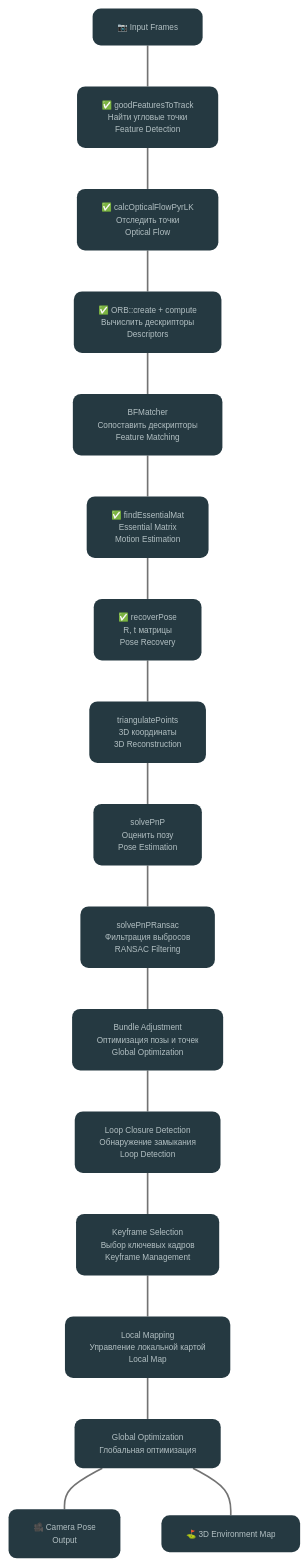
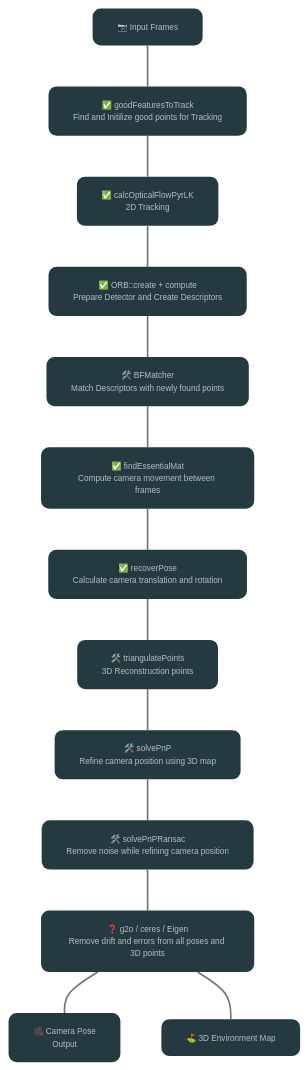
One commit to alexcubor/Yadviga-SLAM changed the diagram in README.md. Above: the diagram before and after it, drawn with Mermaid.

Commit message:
Update schema SLAM

````diff
--- a/README.md
+++ b/README.md
@@ -9,76 +9,60 @@
 ```mermaid
 %%{init: {'theme': 'base', 'themeVariables': { 'fontSize': '12px', 'fontFamily': 'arial' }}}%%
 graph TD
     %% Input Node
     A["📷 Input Frames"]
     
     %% Feature Detection
-    B["✅ goodFeaturesToTrack<br/>Найти угловые точки<br/>Feature Detection"]
+    B["✅ goodFeaturesToTrack<br/>Find and Initilize good points for Tracking"]
     
     %% Optical Flow
-    C["✅ calcOpticalFlowPyrLK<br/>Отследить точки<br/>Optical Flow"]
+    C["✅ calcOpticalFlowPyrLK<br/>2D Tracking"]
     
     %% Descriptors
-    D["✅ ORB::create + compute<br/>Вычислить дескрипторы<br/>Descriptors"]
+    D["✅ ORB::create + compute<br/>Prepare Detector and Create Descriptors"]
     
     %% Feature Matching
-    E["BFMatcher<br/>Сопоставить дескрипторы<br/>Feature Matching"]
+    E["🛠️ BFMatcher<br/>Match Descriptors with newly found points"]
     
     %% Motion Estimation
-    F["✅ findEssentialMat<br/>Essential Matrix<br/>Motion Estimation"]
+    F["✅ findEssentialMat<br/>Compute camera movement between frames"]
     
     %% Pose Recovery
-    G["✅ recoverPose<br/>R, t матрицы<br/>Pose Recovery"]
+    G["✅ recoverPose<br/>Calculate camera translation and rotation"]
     
     %% 3D Reconstruction
-    H["triangulatePoints<br/>3D координаты<br/>3D Reconstruction"]
+    H["🛠️ triangulatePoints<br/>3D Reconstruction points"]
     
     %% Pose Estimation
-    I["solvePnP<br/>Оценить позу<br/>Pose Estimation"]
+    I["🛠️ solvePnP<br/>Refine camera position using 3D map"]
     
     %% RANSAC Filtering
-    J["solvePnPRansac<br/>Фильтрация выбросов<br/>RANSAC Filtering"]
+    J["🛠️ solvePnPRansac<br/>Remove noise while refining camera position"]
     
     %% Bundle Adjustment
-    K["Bundle Adjustment<br/>Оптимизация позы и точек<br/>Global Optimization"]
-    
-    %% Loop Closure Detection
-    L["Loop Closure Detection<br/>Обнаружение замыкания<br/>Loop Detection"]
-    
-    %% Keyframe Selection
-    M["Keyframe Selection<br/>Выбор ключевых кадров<br/>Keyframe Management"]
-    
-    %% Local Mapping
-    N["Local Mapping<br/>Управление локальной картой<br/>Local Map"]
-    
-    %% Global Optimization
-    O["Global Optimization<br/>Глобальная оптимизация"]
+    K["❓ g2o / ceres / Eigen<br/>Remove drift and errors from all poses and 3D points"]
     
     %% Output
     P["🎥 Camera Pose<br/>Output"]
     Q["⛳️ 3D Environment Map"]
     
     %% Linear pipeline flow
     A --- B
     B --- C
     C --- D
     D --- E
     E --- F
     F --- G
     G --- H
     H --- I
     I --- J
     J --- K
-    K --- L
-    L --- M
-    M --- N
-    N --- O
-    O --- P
-    O --- Q
+    K --- P
+    K --- Q
     
     %% Unified styling for all nodes
     classDef default fill:#253941, stroke-width:0, rx:10,ry:10,font-size:10px,color:#b2bfc2
     
     %% Styling for arrows
     linkStyle default stroke:#737373,stroke-width:2px
 ```
````
